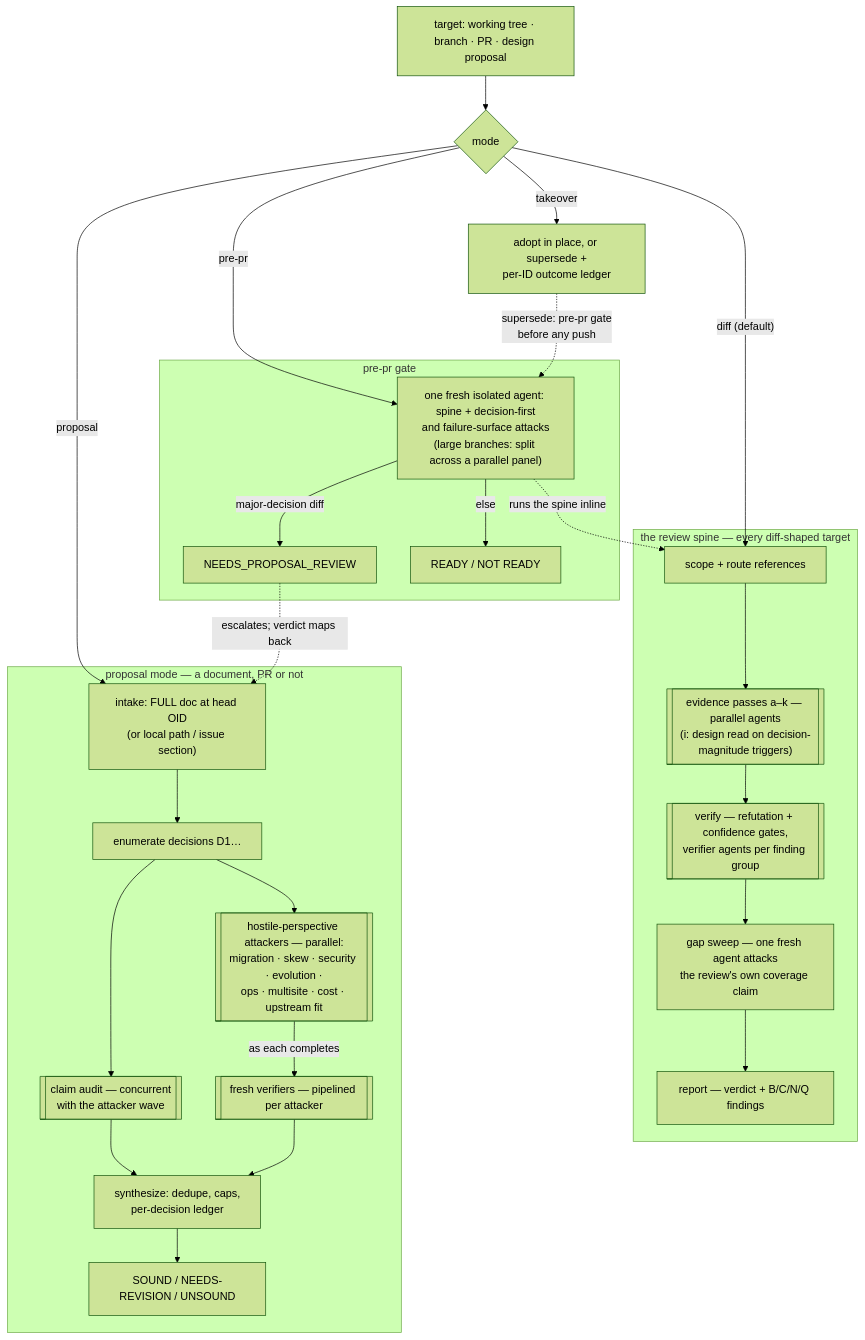
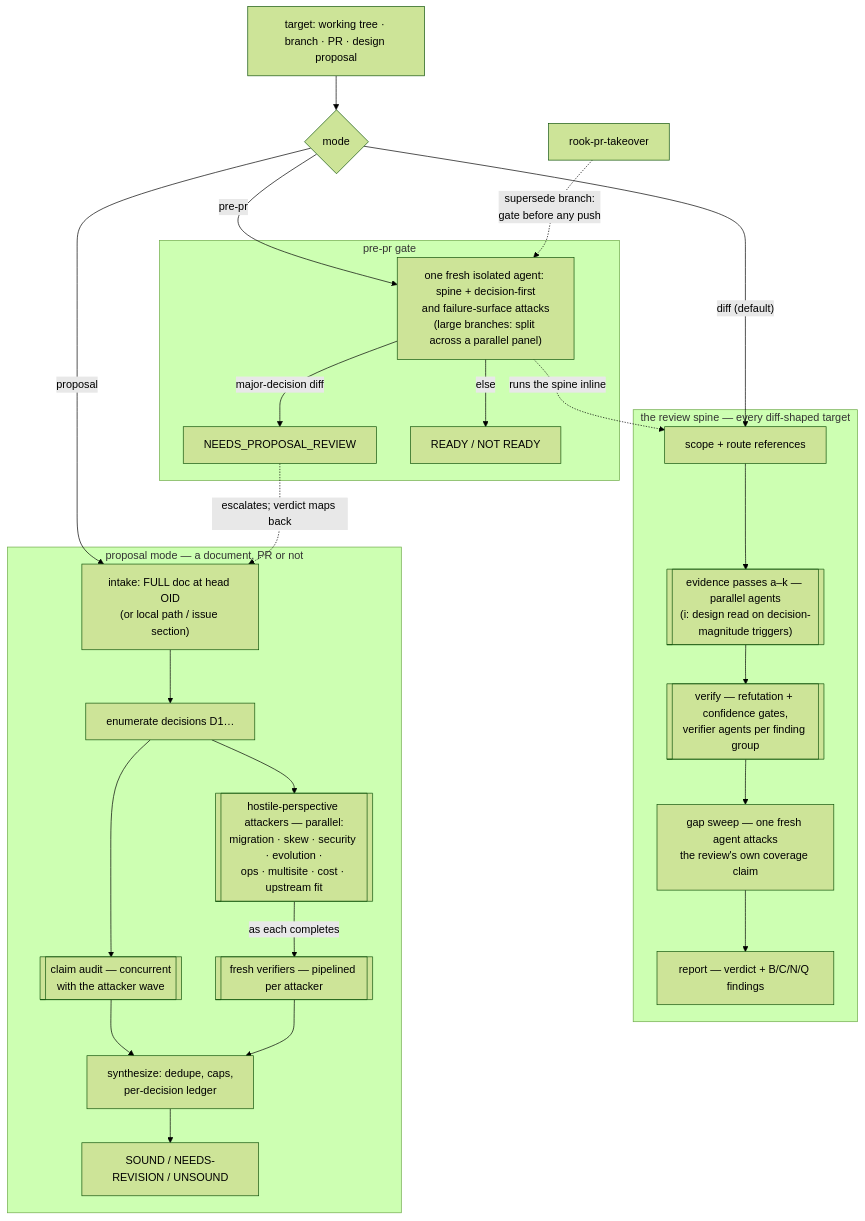
The first of 5 diagrams in README.md (jhoblitt/rook-claude), drawn with Mermaid (forest theme) before and after one commit. The commit also changed other lines of this file and 1 other file, not shown here.

````diff
--- a/README.md
+++ b/README.md
@@ -73,35 +82,34 @@
 ```mermaid
 flowchart TD
     T["target: working tree · branch · PR · design proposal"] --> M{mode}
 
     M -->|"diff (default)"| S1
     M -->|pre-pr| G1
     M -->|proposal| P1
-    M -->|takeover| K1["adopt in place, or supersede +<br/>per-ID outcome ledger"]
 
     subgraph SPINE["the review spine — every diff-shaped target"]
         S1["scope + route references"] --> S2[["evidence passes a–k — parallel agents<br/>(i: design read on decision-magnitude triggers)"]]
         S2 --> S3[["verify — refutation + confidence gates,<br/>verifier agents per finding group"]]
         S3 --> S4["gap sweep — one fresh agent attacks<br/>the review's own coverage claim"]
         S4 --> S5["report — verdict + B/C/N/Q findings"]
     end
 
     subgraph GATE["pre-pr gate"]
         G1["one fresh isolated agent: spine + decision-first<br/>and failure-surface attacks<br/>(large branches: split across a parallel panel)"] -->|major-decision diff| G4["NEEDS_PROPOSAL_REVIEW"]
         G1 -->|else| G3["READY / NOT READY"]
     end
 
     subgraph PROP["proposal mode — a document, PR or not"]
         P1["intake: FULL doc at head OID<br/>(or local path / issue section)"] --> P2["enumerate decisions D1…"]
         P2 --> P3[["claim audit — concurrent<br/>with the attacker wave"]]
         P2 --> P4[["hostile-perspective attackers — parallel:<br/>migration · skew · security · evolution ·<br/>ops · multisite · cost · upstream fit"]]
         P4 -->|as each completes| P5[["fresh verifiers — pipelined per attacker"]]
         P3 --> P6["synthesize: dedupe, caps,<br/>per-decision ledger"]
         P5 --> P6
         P6 --> P7["SOUND / NEEDS-REVISION / UNSOUND"]
     end
 
     G1 -.->|"runs the spine inline"| S1
     G4 -.->|"escalates; verdict maps back"| P1
-    K1 -.->|"supersede: pre-pr gate<br/>before any push"| G1
+    K0["rook-pr-takeover"] -.->|"supersede branch:<br/>gate before any push"| G1
 ```
````
